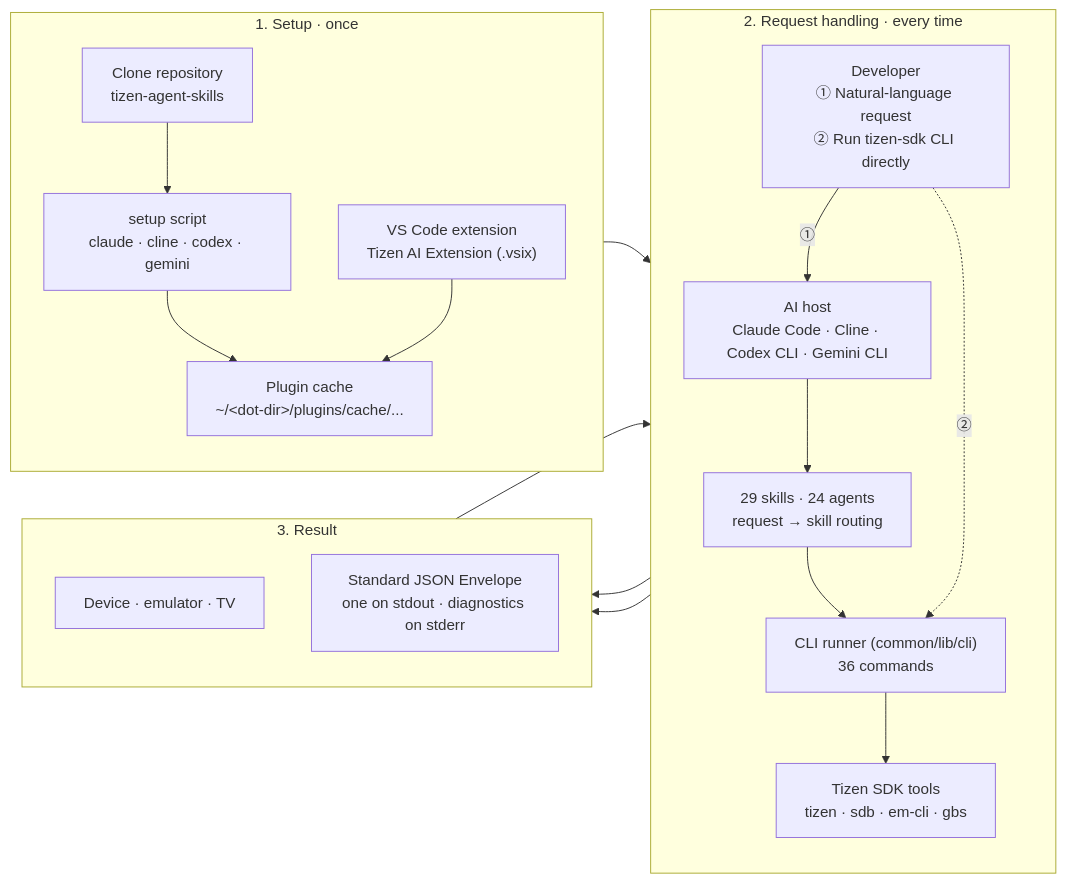
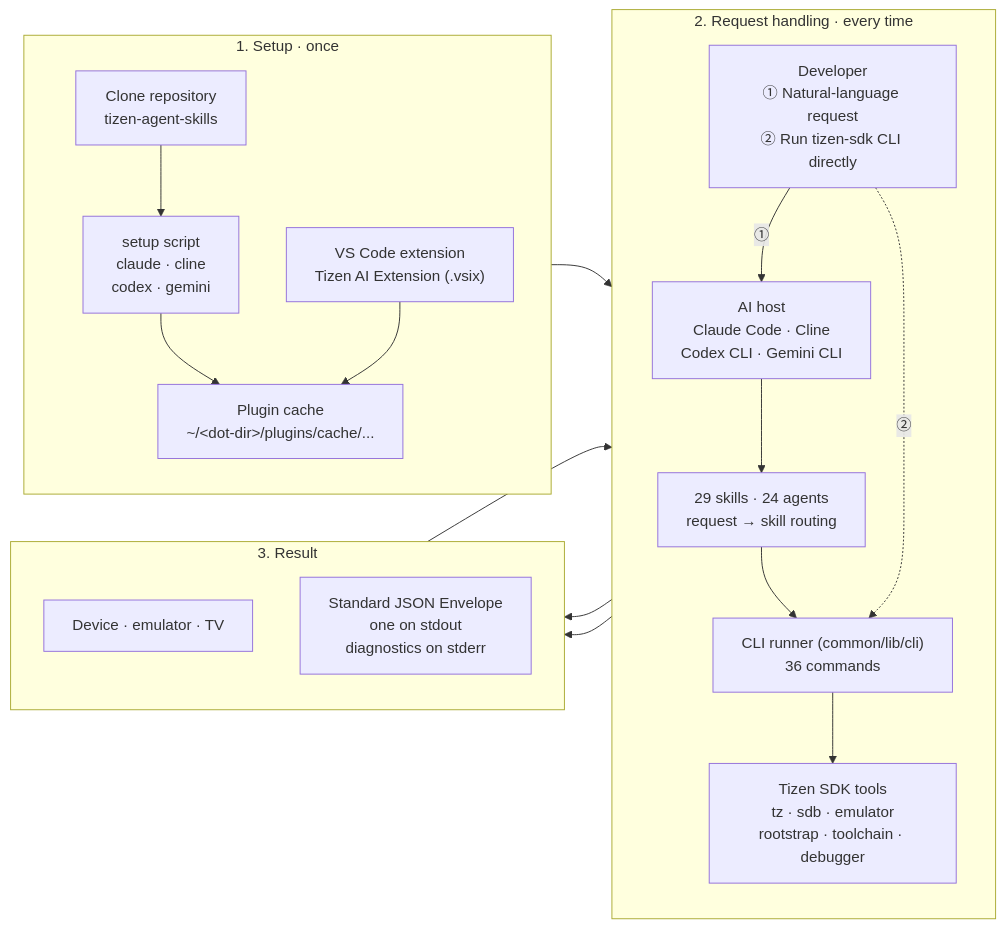
One commit to Samsung/tizen-agent-skills changed the first of 2 diagrams in tizen-sdk-skills/quick-guide.md. Above: the diagram before and after it, drawn with Mermaid. The commit also changed other lines of this file and 1 other file, not shown here.

Commit message:
docs(tizen-sdk-skills): fix quick guide diagram labels and signing step
Long node labels were cut off in Mermaid renderers (VS Code preview), so
split the AI host, setup script, create-project, Standard JSON Envelope
and certificate-manager labels over two lines.

List the SDK tools as tz, sdb, emulator, rootstrap, toolchain and
debugger, and draw the optional certificate-manager step between
build-project and install-app.

````diff
--- a/tizen-sdk-skills/quick-guide.md
+++ b/tizen-sdk-skills/quick-guide.md
@@ -11,33 +11,33 @@
 ```mermaid
 flowchart LR
     subgraph S1["1. Setup · once"]
         direction TB
-        Clone["Clone repository<br/>tizen-agent-skills"] --> Setup["setup script<br/>claude · cline · codex · gemini"]
+        Clone["Clone repository<br/>tizen-agent-skills"] --> Setup["setup script<br/>claude · cline<br/>codex · gemini"]
         VSIX["VS Code extension<br/>Tizen AI Extension (.vsix)"]
         Setup --> Cache["Plugin cache<br/>~/&lt;dot-dir&gt;/plugins/cache/..."]
         VSIX --> Cache
     end
 
     subgraph S2["2. Request handling · every time"]
         direction TB
         Dev["Developer<br/>① Natural-language request<br/>② Run tizen-sdk CLI directly"]
-        Host["AI host<br/>Claude Code · Cline · Codex CLI · Gemini CLI"]
+        Host["AI host<br/>Claude Code · Cline<br/>Codex CLI · Gemini CLI"]
         Skill["29 skills · 24 agents<br/>request → skill routing"]
         Runner["CLI runner (common/lib/cli)<br/>36 commands"]
-        Tools["Tizen SDK tools<br/>tizen · sdb · em-cli · gbs"]
+        Tools["Tizen SDK tools<br/>tz · sdb · emulator<br/>rootstrap · toolchain · debugger"]
         Dev -->|①| Host --> Skill --> Runner
         Dev -.->|②| Runner
         Runner --> Tools
     end
 
     subgraph S3["3. Result"]
         direction TB
         Target["Device · emulator · TV"]
-        Env["Standard JSON Envelope<br/>one on stdout · diagnostics on stderr"]
+        Env["Standard JSON Envelope<br/>one on stdout<br/>diagnostics on stderr"]
     end
 
     Cache --> Skill
     Tools --> Target
     Runner --> Env
     Env --> Host
 ```
````
